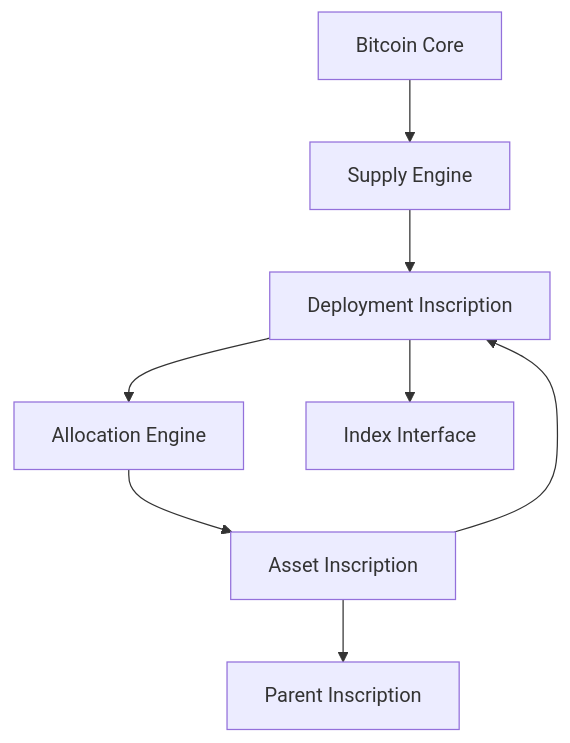
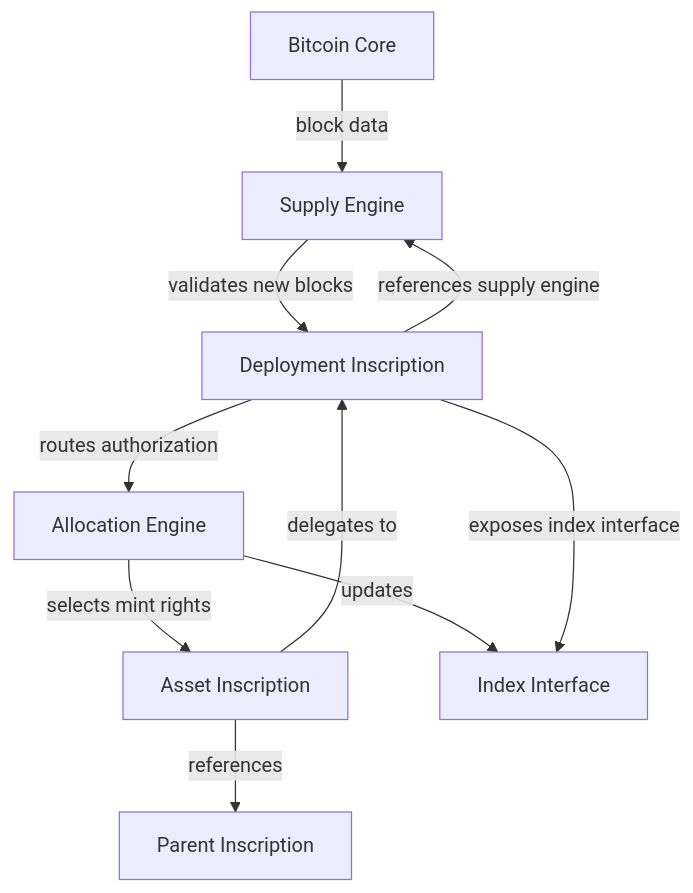
One commit to evonbit/bitcoin-native-systems changed the diagram in P2P Perpetual Distribution/01-p2p-perpetual-distribution.md. Above: the diagram before and after it, drawn with Mermaid. The commit also changed other lines of this file, not shown here.

````diff
--- a/P2P Perpetual Distribution/01-p2p-perpetual-distribution.md
+++ b/P2P Perpetual Distribution/01-p2p-perpetual-distribution.md
@@ -47,10 +48,20 @@
 ```mermaid
 graph TD
-    A[Bitcoin Core] --> B[Supply Engine]
-    B --> C[Deployment Inscription]
-    C --> D[Allocation Engine]
-    D --> E[Asset Inscription]
-    E --> F[Parent Inscription]
-    E --> C
-    C --> G[Index Interface]
+    %% Core data layer
+    A[Bitcoin Core] -->|block data| B[Supply Engine]
+
+    %% Supply and validation logic
+    B -->|validates new blocks| C[Deployment Inscription]
+    C -->|references supply engine| B
+
+    %% Allocation and routing
+    C -->|routes authorization| D[Allocation Engine]
+    D -->|selects mint rights| E[Asset Inscription]
+    E -->|references| F[Parent Inscription]
+
+    %% Cross-links
+    E -->|delegates to| C
+    D -->|updates| G[Index Interface]
+    C -->|exposes index interface| G
+
 ```
````
